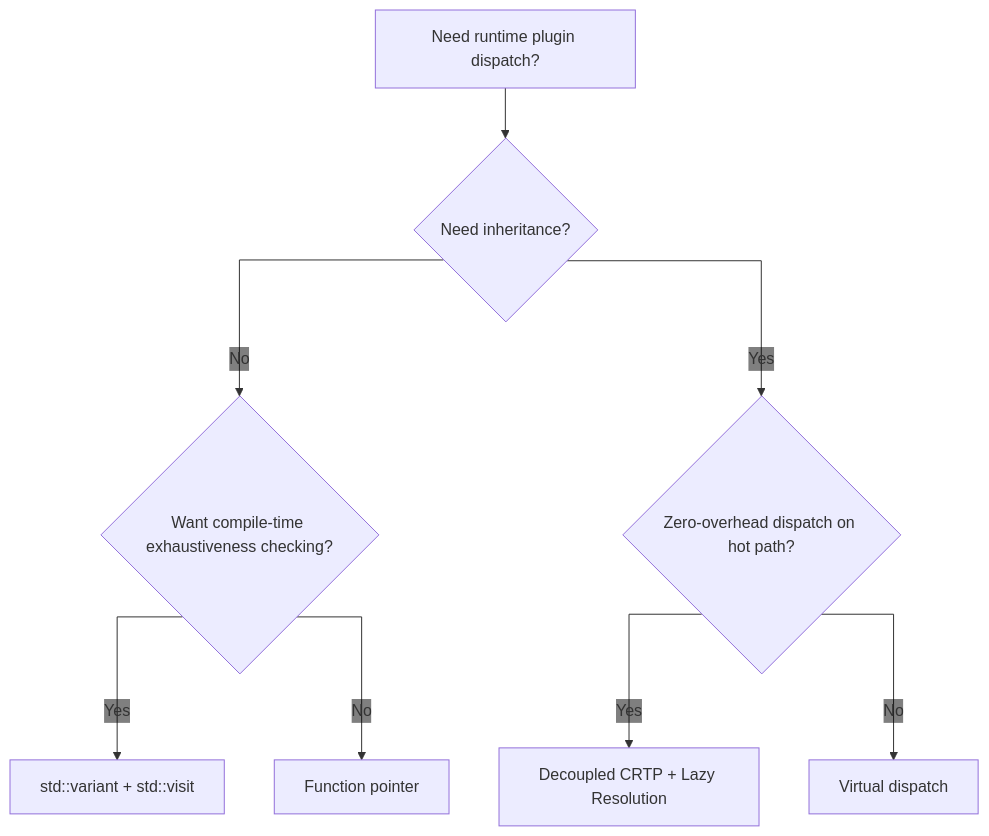
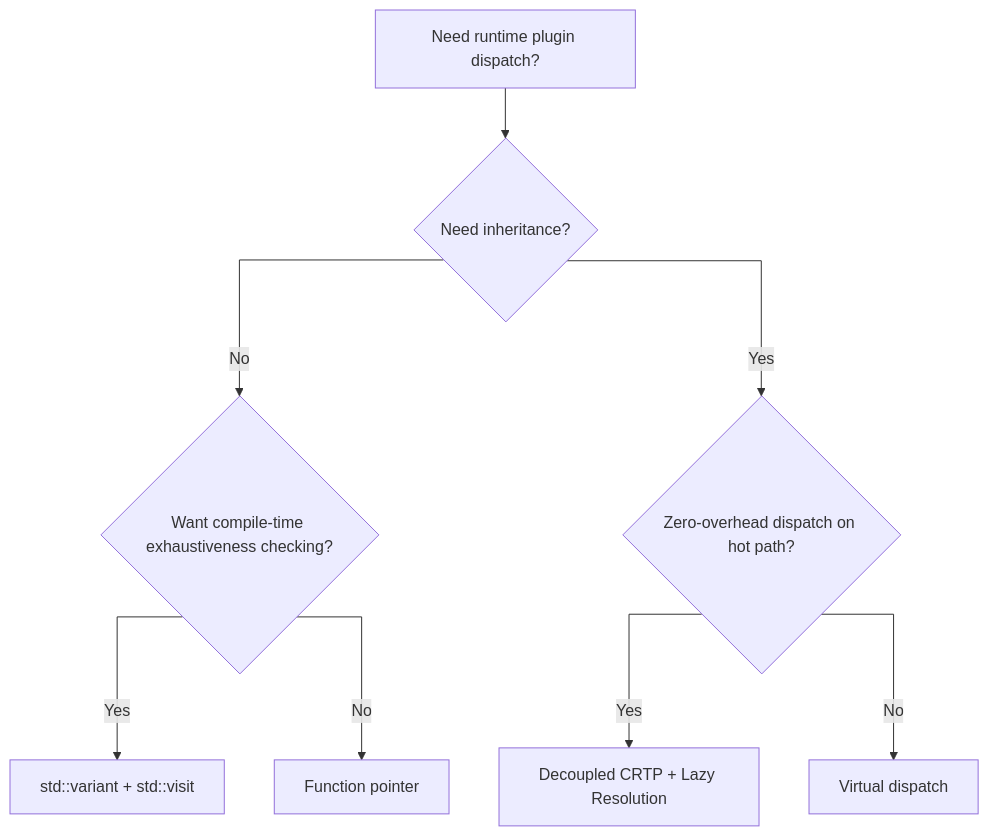
Before and after one commit to Shubhankar-Gambhir/Shubhankar-Gambhir.github.io: the diagram in _posts/2026-05-07-four-ways-to-dispatch-a-runtime-selected-strategy-in-cpp.md, drawn with Mermaid. The commit also changed other lines of this file, not shown here.

First line of the commit message:
Fix edge label background to match page in both light and dark mode

````diff
--- a/_posts/2026-05-07-four-ways-to-dispatch-a-runtime-selected-strategy-in-cpp.md
+++ b/_posts/2026-05-07-four-ways-to-dispatch-a-runtime-selected-strategy-in-cpp.md
@@ -271,17 +275,15 @@
 ```mermaid
 ---
 config:
   flowchart:
     curve: stepAfter
-  themeVariables:
-    edgeLabelBackground: transparent
 ---
 flowchart TD
     A[Need runtime plugin dispatch?] --> B{Need inheritance?}
     B -- No --> C{Want compile-time exhaustiveness checking?}
     C -- Yes --> D["std::variant + std::visit"]
     C -- No --> E[Function pointer]
     B -- Yes --> F{Zero-overhead dispatch on hot path?}
     F -- Yes --> G[Decoupled CRTP + Lazy Resolution]
     F -- No --> H[Virtual dispatch]
 ```
````
